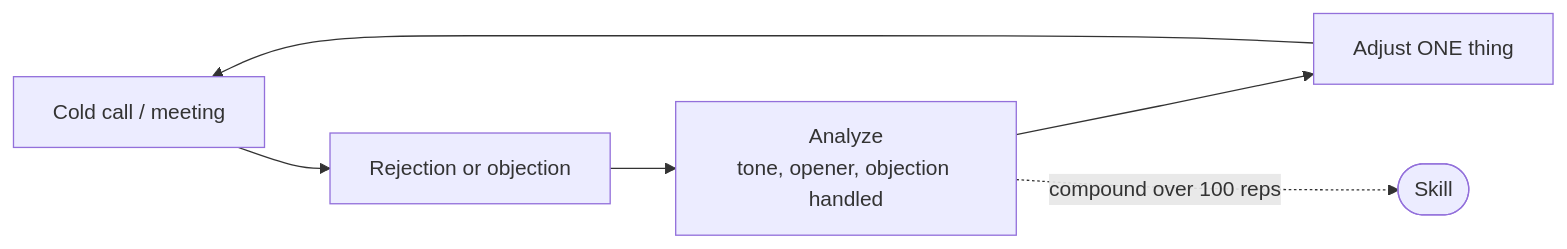
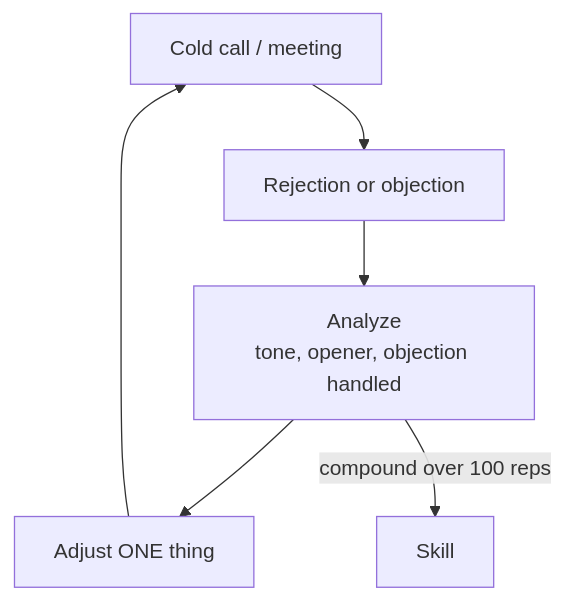
Before and after one commit to leotansingapore/aia-product-compass-hub: the diagram in docs/first-60-days/week-1/day-04.md, drawn with Mermaid. The commit also changed other lines of this file and 56 other files, not shown here.

Commit message:
Readability pass across first-60-days: styled HTML to tables/diagrams, cleaner formatting, no leaked metadata

````diff
--- a/docs/first-60-days/week-1/day-04.md
+++ b/docs/first-60-days/week-1/day-04.md
@@ -82,8 +82,8 @@
 ```mermaid
-flowchart LR
-    A[Cold call / meeting] --> B[Rejection or objection]
-    B --> C[Analyze<br/>tone, opener, objection handled]
-    C --> D[Adjust ONE thing]
+flowchart TD
+    A["Cold call / meeting"] --> B["Rejection or objection"]
+    B --> C["Analyze<br/>tone, opener, objection handled"]
+    C --> D["Adjust ONE thing"]
     D --> A
-    C -.->|compound over 100 reps| E([Skill])
+    C -->|"compound over 100 reps"| E["Skill"]
 ```
````
